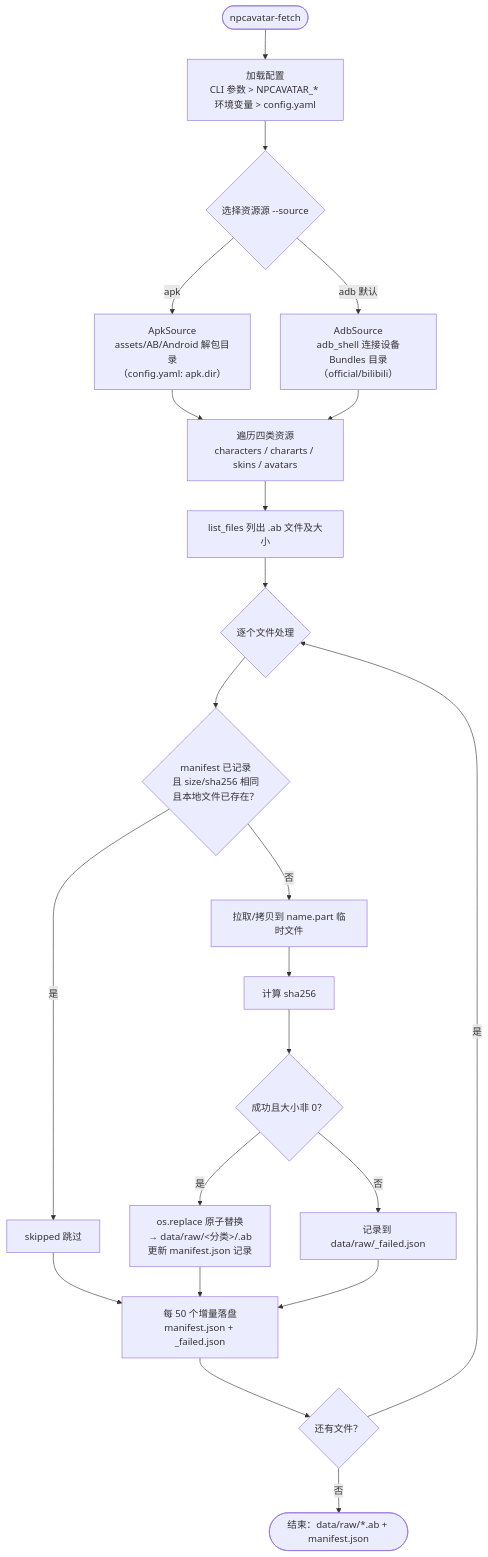
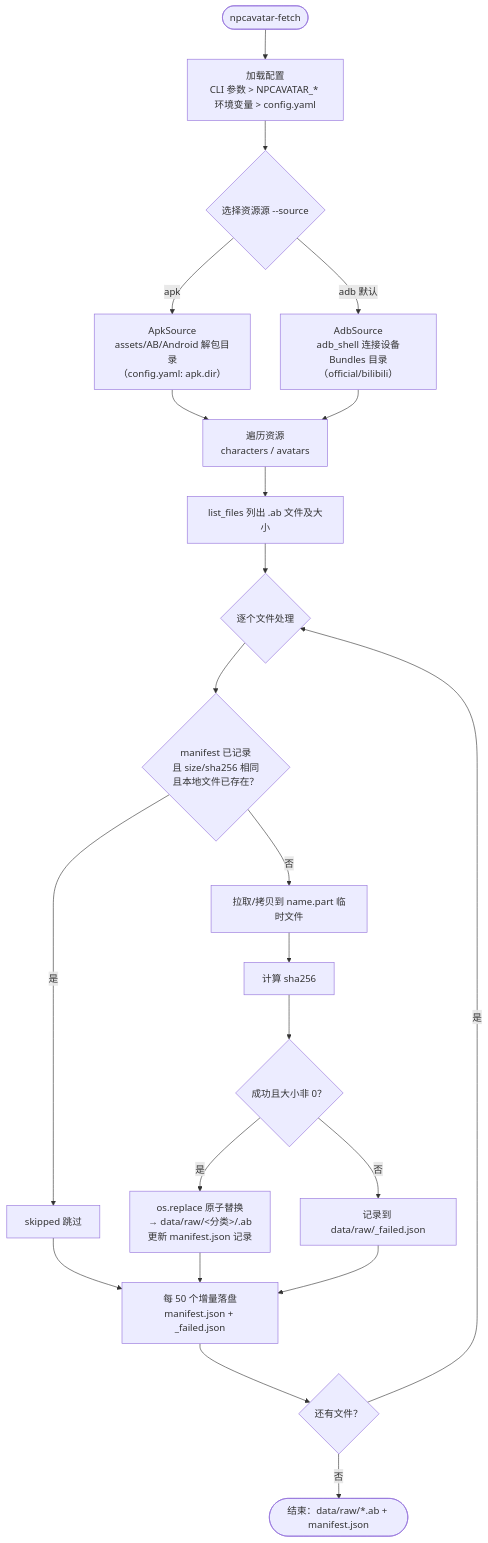
Before and after one commit to Arkfans/ArknightsAvatar: the second of 10 diagrams in docs/生产流程图.md, drawn with Mermaid. The commit also changed other lines of this file and 5 other files, not shown here.

First line of the commit message:
refactor: 移除 chararts 与 skins 分类，仅保留 characters 与 avatars

````diff
--- a/docs/生产流程图.md
+++ b/docs/生产流程图.md
@@ -49,24 +49,24 @@
 ```mermaid
 flowchart TD
     Start(["npcavatar-fetch"]) --> Cfg["加载配置<br/>CLI 参数 > NPCAVATAR_* 环境变量 > config.yaml"]
     Cfg --> Src{"选择资源源 --source"}
     Src -->|"apk"| APK["ApkSource<br/>assets/AB/Android 解包目录<br/>（config.yaml: apk.dir）"]
     Src -->|"adb 默认"| ADB["AdbSource<br/>adb_shell 连接设备<br/>Bundles 目录（official/bilibili）"]
-    APK --> Cat["遍历四类资源<br/>characters / chararts / skins / avatars"]
+    APK --> Cat["遍历资源<br/>characters / avatars"]
     ADB --> Cat
     Cat --> List["list_files 列出 .ab 文件及大小"]
     List --> Loop{"逐个文件处理"}
     Loop --> Chk{"manifest 已记录<br/>且 size/sha256 相同<br/>且本地文件已存在？"}
     Chk -->|"是"| Skip["skipped 跳过"]
     Chk -->|"否"| Pull["拉取/拷贝到 name.part 临时文件"]
     Pull --> Hash["计算 sha256"]
     Hash --> OK{"成功且大小非 0？"}
     OK -->|"是"| Move["os.replace 原子替换<br/>→ data/raw/<分类>/<name>.ab<br/>更新 manifest.json 记录"]
     OK -->|"否"| Fail["记录到 data/raw/_failed.json"]
     Move --> Save["每 50 个增量落盘<br/>manifest.json + _failed.json"]
     Skip --> Save
     Fail --> Save
     Save --> Next{"还有文件？"}
     Next -->|"是"| Loop
     Next -->|"否"| Done(["结束：data/raw/*.ab + manifest.json"])
 ```
````
